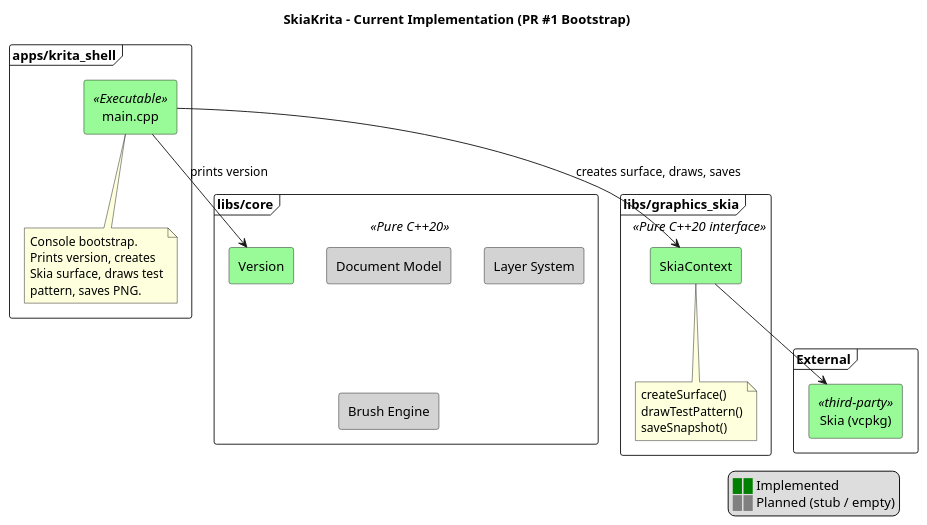
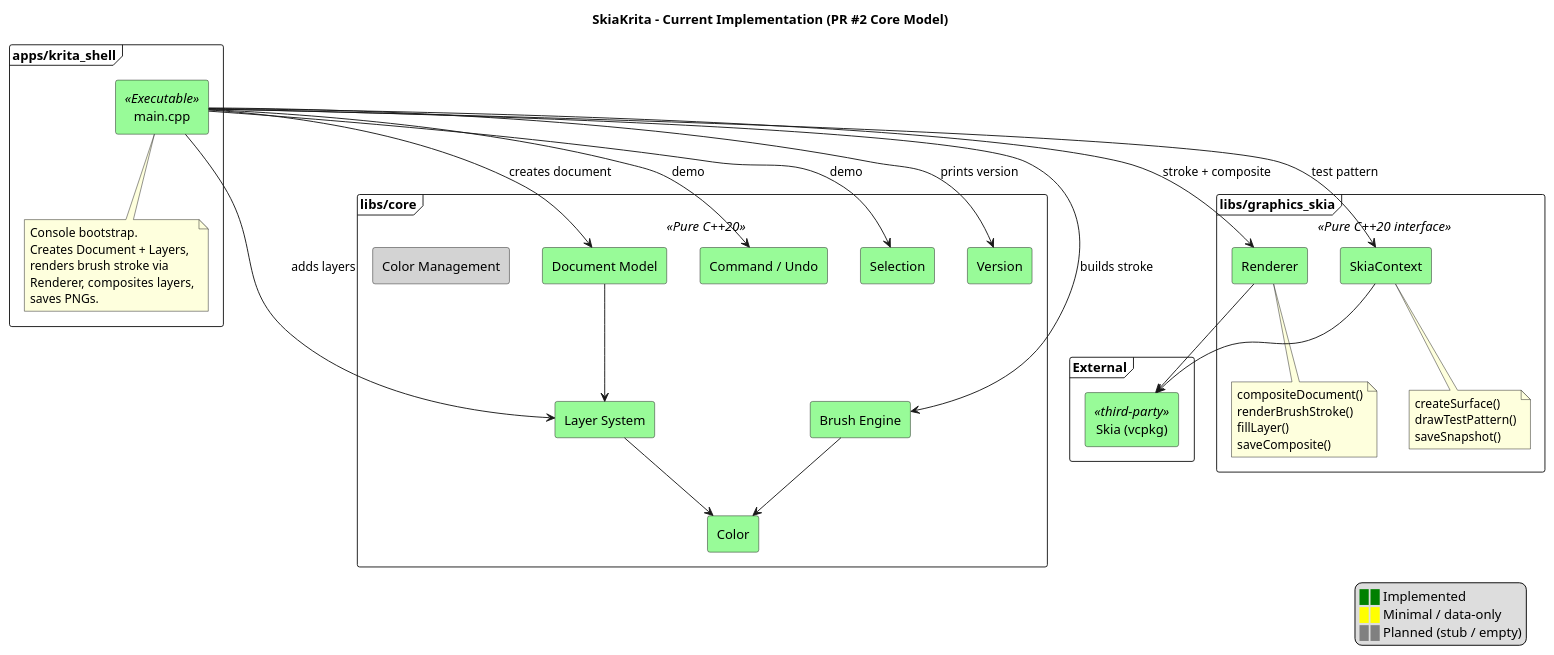
The diagram in docs/uml/progress/current.puml (bandi-shoo/SkiaKrita), drawn with PlantUML before and after one commit. The commit also changed 19 other files, not shown here.

```diff
--- a/docs/uml/progress/current.puml
+++ b/docs/uml/progress/current.puml
@@ -1,46 +1,73 @@
 @startuml SkiaKrita Current Progress
 
-title SkiaKrita – Current Implementation (PR #1 Bootstrap)
+title SkiaKrita – Current Implementation (PR #2 Core Model)
 skinparam componentStyle rectangle
 skinparam packageStyle frame
 
 legend right
   <color:green>██</color> Implemented
+  <color:yellow>██</color> Minimal / data-only
   <color:gray>██</color> Planned (stub / empty)
 endlegend
 
 package "apps/krita_shell" {
     [main.cpp] <<Executable>> #PaleGreen
     note bottom of [main.cpp]
       Console bootstrap.
-      Prints version, creates
-      Skia surface, draws test
-      pattern, saves PNG.
+      Creates Document + Layers,
+      renders brush stroke via
+      Renderer, composites layers,
+      saves PNGs.
     end note
 }
 
 package "libs/core" <<Pure C++20>> {
-    [Version] #PaleGreen
-    [Document Model] #LightGray
-    [Layer System]   #LightGray
-    [Brush Engine]   #LightGray
+    [Version]          #PaleGreen
+    [Color]            #PaleGreen
+    [Document Model]   #PaleGreen
+    [Layer System]     #PaleGreen
+    [Brush Engine]     #PaleGreen
+    [Command / Undo]   #PaleGreen
+    [Selection]        #PaleGreen
+    [Color Management] #LightGray
 }
 
 package "libs/graphics_skia" <<Pure C++20 interface>> {
     [SkiaContext] #PaleGreen
     note bottom of [SkiaContext]
       createSurface()
       drawTestPattern()
       saveSnapshot()
     end note
+
+    [Renderer]   #PaleGreen
+    note bottom of [Renderer]
+      compositeDocument()
+      renderBrushStroke()
+      fillLayer()
+      saveComposite()
+    end note
 }
 
 package "External" {
     [Skia (vcpkg)] <<third-party>> #PaleGreen
 }
 
-[main.cpp] --> [Version]     : prints version
-[main.cpp] --> [SkiaContext]  : creates surface, draws, saves
-[SkiaContext] --> [Skia (vcpkg)]
+' ── relationships ──
+[main.cpp] --> [Version]        : prints version
+[main.cpp] --> [Document Model] : creates document
+[main.cpp] --> [Layer System]   : adds layers
+[main.cpp] --> [Brush Engine]   : builds stroke
+[main.cpp] --> [Command / Undo] : demo
+[main.cpp] --> [Selection]      : demo
+[main.cpp] --> [SkiaContext]    : test pattern
+[main.cpp] --> [Renderer]       : stroke + composite
+
+[Document Model] --> [Layer System]
+[Brush Engine]   --> [Color]
+[Layer System]   --> [Color]
+
+[Renderer]    --> [Skia (vcpkg)]
+[SkiaContext]  --> [Skia (vcpkg)]
 
 @enduml
```
